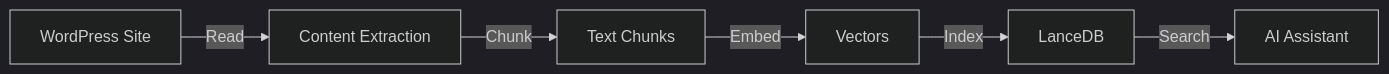
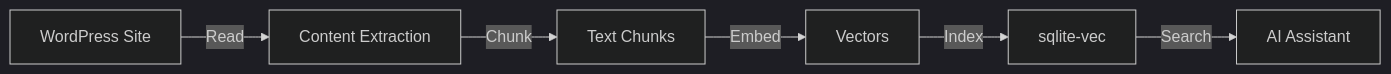
The diagram in docs-site/docs/getting-started/first-scan.md (jpollock/local-addon-nexus-ai), drawn with Mermaid (dark theme) before and after one commit. The commit also changed other lines of this file and 37 other files, not shown here.

First line of the commit message:
docs(site): the truth sweep — sqlite-vec everywhere, real counts, real tabs, ui-quick-start rewritten

````diff
--- a/docs-site/docs/getting-started/first-scan.md
+++ b/docs-site/docs/getting-started/first-scan.md
@@ -22,8 +22,8 @@
 ```mermaid
 graph LR
     A[WordPress Site] -->|Read| B[Content Extraction]
     B -->|Chunk| C[Text Chunks]
     C -->|Embed| D[Vectors]
-    D -->|Index| E[LanceDB]
+    D -->|Index| E[sqlite-vec]
     E -->|Search| F[AI Assistant]
 ```
````
